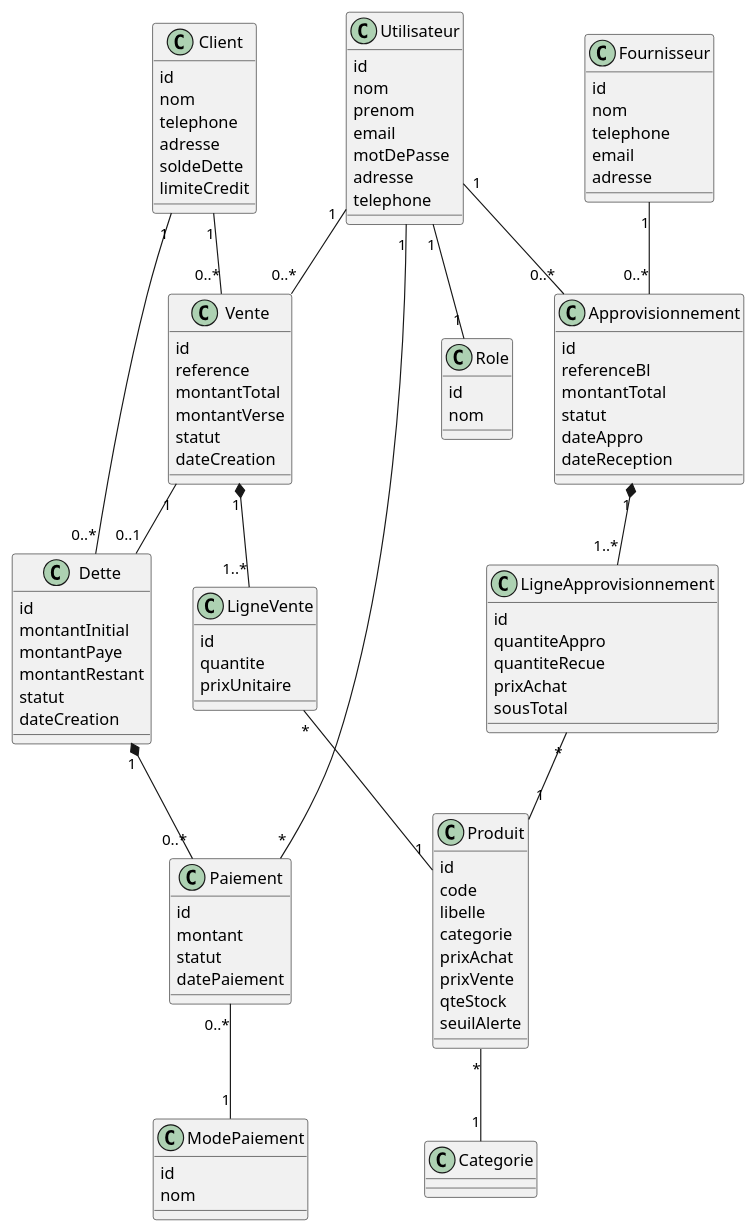
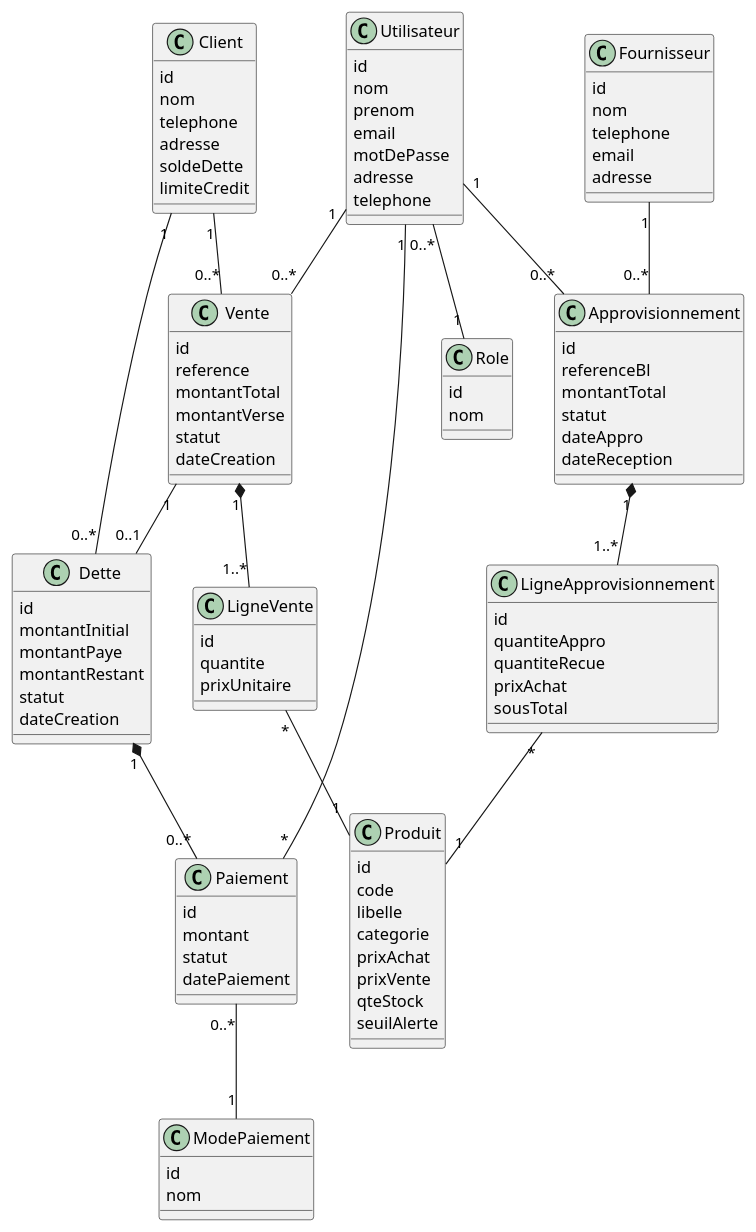
One commit to ndeyaichasene/gestion_store_poo changed the diagram in docs/class_diagram.puml. Above: the diagram before and after it, drawn with PlantUML.

Commit message:
docs(uml): modification du diagramme de classe

```diff
--- a/docs/class_diagram.puml
+++ b/docs/class_diagram.puml
@@ -1,119 +1,118 @@
 @startuml ClassDiagram_StoreManagerPro
 
 
 class Role {
     id
     nom
 }
 
 class Utilisateur {
      id 
      nom 
      prenom
      email 
      motDePasse 
      adresse
      telephone
      
 }
 
 class Client {
      id 
      nom 
      telephone 
      adresse 
      soldeDette 
      limiteCredit 
 }
 
 class Fournisseur {
      id 
      nom 
      telephone 
      email 
      adresse 
 }
 
 class Produit {
      id 
      code 
      libelle 
      categorie
      prixAchat 
      prixVente 
      qteStock 
      seuilAlerte 
 }
 
 class Vente {
      id 
      reference 
      montantTotal 
      montantVerse
      statut
      dateCreation 
 }
 class ModePaiement {
     id
     nom
 }
 class LigneVente {
      id 
      quantite 
      prixUnitaire 
 }
 
 class Dette {
      id 
      montantInitial 
      montantPaye 
      montantRestant 
      statut 
      dateCreation 
 }
 
 class Paiement {
      id 
      montant 
      statut
      datePaiement 
 }
 
 class Approvisionnement {
      id 
      referenceBl 
      montantTotal 
      statut 
      dateAppro
      dateReception 
 }
 
 class LigneApprovisionnement {
     id 
     quantiteAppro
     quantiteRecue
     prixAchat
     sousTotal
 }
 
-Utilisateur "1" -- "1" Role
+Utilisateur "0..*" -- "1" Role
 
 Client "1" -- "0..*" Vente
 Utilisateur "1" -- "0..*" Vente
 Vente "1" *-- "1..*" LigneVente
 LigneVente "*" -- "1" Produit
-Produit "*" -- "1" Categorie
 
 Vente "1" -- "0..1" Dette
 Client "1" -- "0..*" Dette
 Dette "1" *-- "0..*" Paiement
 Paiement "*" -- "1" Utilisateur
 Paiement "0..*" -- "1" ModePaiement
 
 
 Fournisseur "1" -- "0..*" Approvisionnement
 Approvisionnement "1" *-- "1..*" LigneApprovisionnement
 LigneApprovisionnement "*" -- "1" Produit
 Utilisateur "1" -- "0..*" Approvisionnement
 
 @enduml
```
